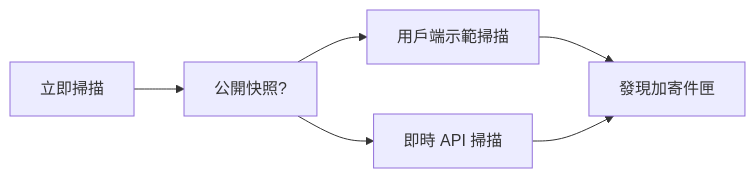
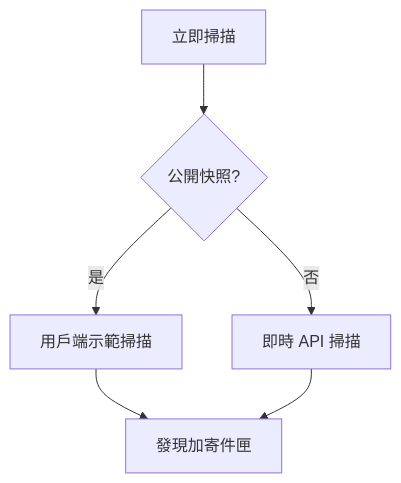
Before and after one commit to hxyan2020/PRD: the fifth of 11 diagrams in platform/docs/USER_GUIDE.zh-Hant.md, drawn with Mermaid. The commit also changed other lines of this file and 12 other files, not shown here.

First line of the commit message:
Add flowcharts and sequence diagrams to admin docs

````diff
--- a/platform/docs/USER_GUIDE.zh-Hant.md
+++ b/platform/docs/USER_GUIDE.zh-Hant.md
@@ -233,8 +258,8 @@
 ```mermaid
-graph LR
-  Scan[立即掃描] --> Public[公開快照?]
-  Public --> Demo[用戶端示範掃描]
-  Public --> Api[即時 API 掃描]
+graph TD
+  Scan[立即掃描] --> Q{公開快照?}
+  Q -->|是| Demo[用戶端示範掃描]
+  Q -->|否| Api[即時 API 掃描]
   Demo --> Desk[發現加寄件匣]
   Api --> Desk
 ```
````
